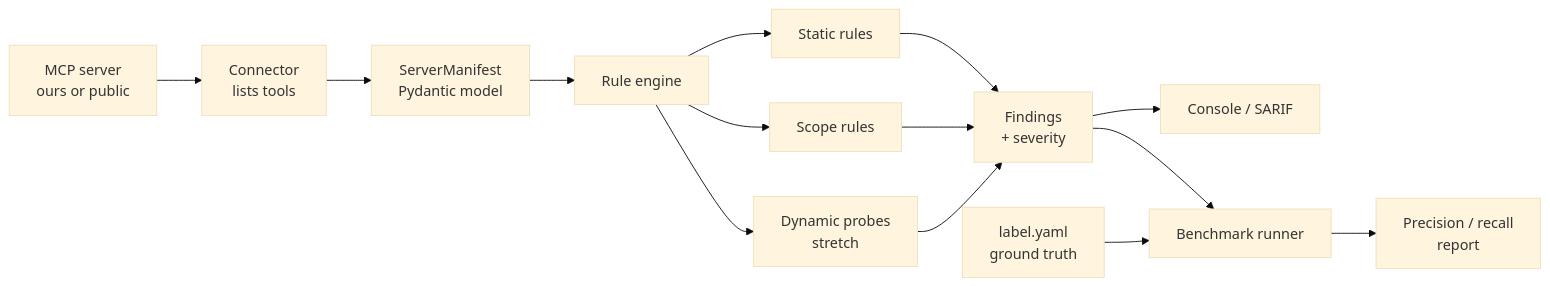
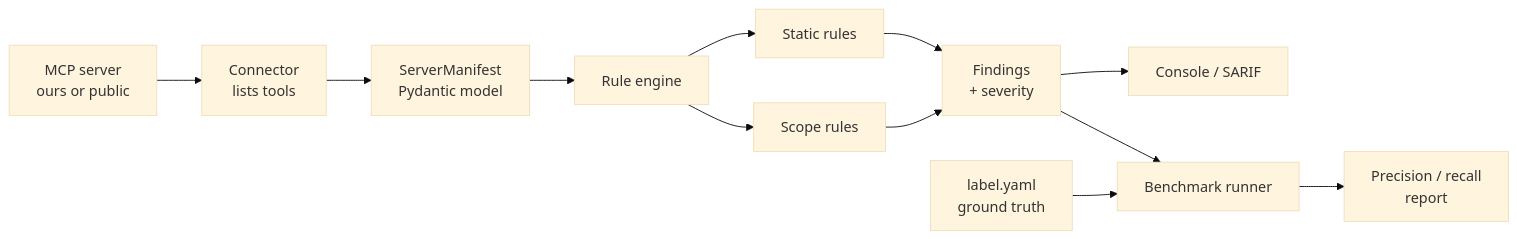
Before and after one commit to rithikagantla/gdsc-ml-1: the diagram in README.md, drawn with Mermaid (base theme). The commit also changed other lines of this file and 46 other files, not shown here.

````diff
--- a/README.md
+++ b/README.md
@@ -16,14 +19,13 @@
 ```mermaid
 flowchart LR
   S[MCP server<br/>ours or public] --> C[Connector<br/>lists tools]
   C --> M[ServerManifest<br/>Pydantic model]
   M --> E[Rule engine]
   E --> R1[Static rules]
   E --> R2[Scope rules]
-  E --> R3[Dynamic probes<br/>stretch]
-  R1 & R2 & R3 --> F[Findings<br/>+ severity]
+  R1 & R2 --> F[Findings<br/>+ severity]
   F --> O[Console / SARIF]
   F --> B[Benchmark runner]
   L[label.yaml<br/>ground truth] --> B
   B --> P[Precision / recall<br/>report]
 ```
````
